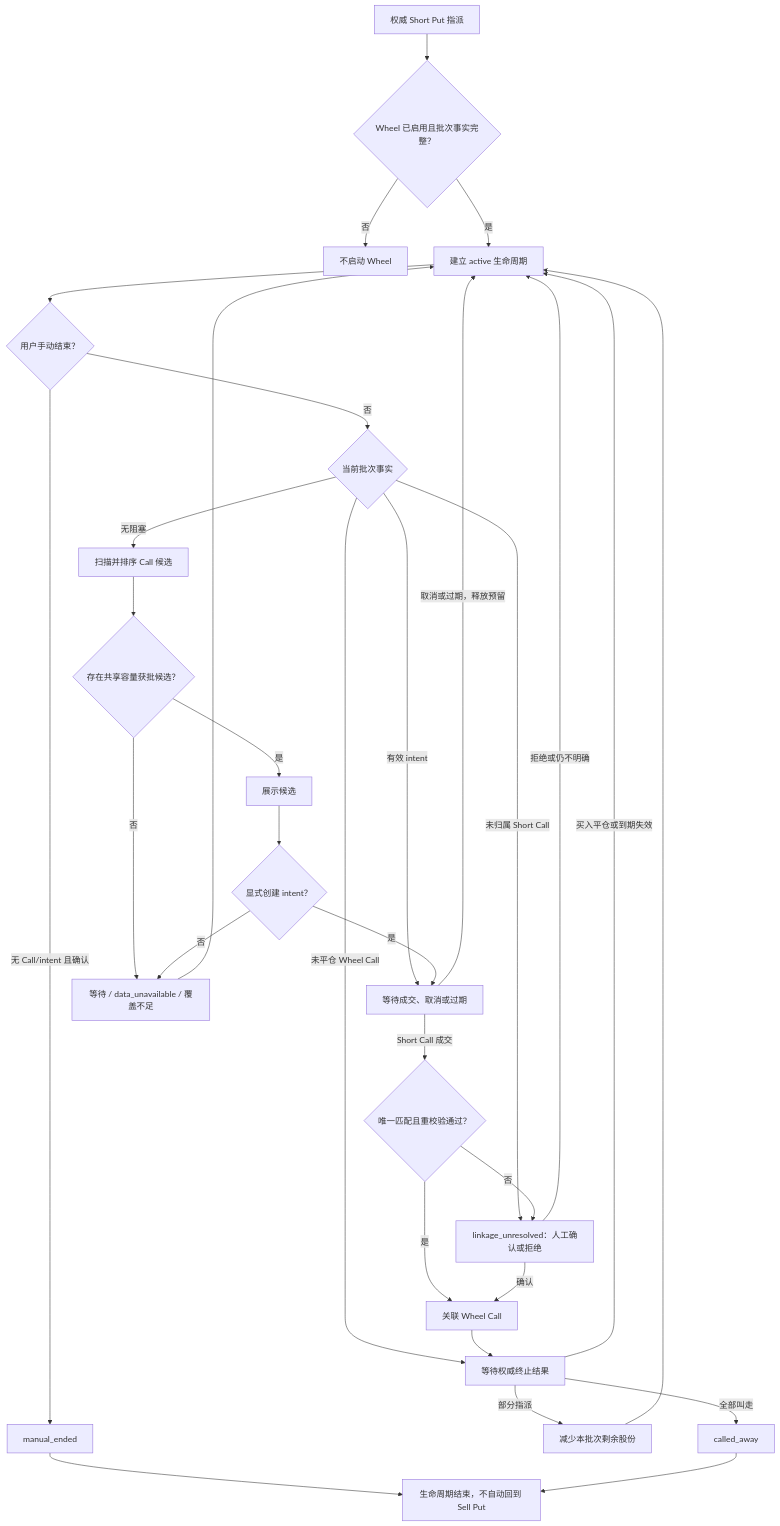
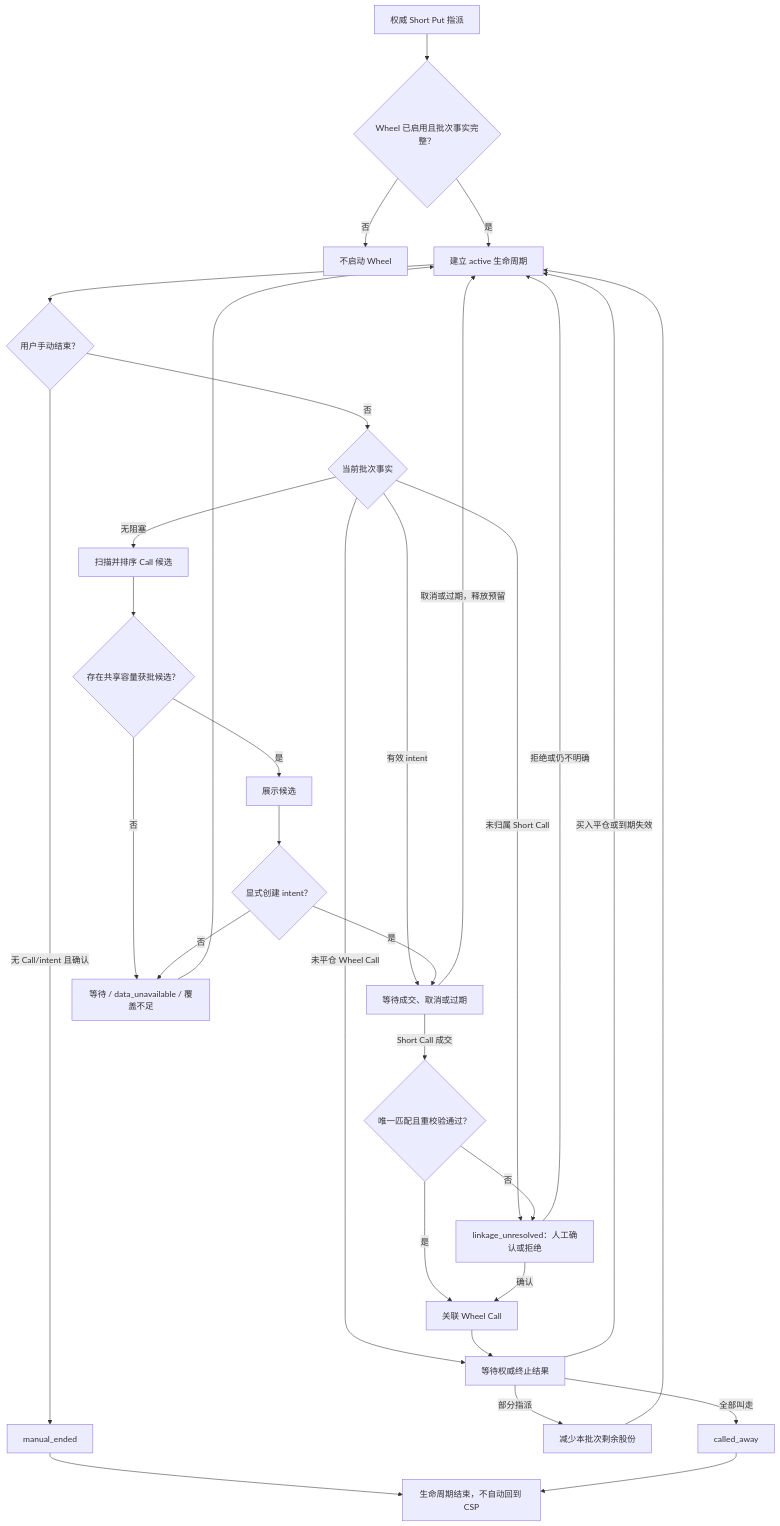
The diagram in docs/WHEEL_STRATEGY_PRD.md (liuxie066/options-monitor), drawn with Mermaid before and after one commit. The commit also changed other lines of this file and 69 other files, not shown here.

````diff
--- a/docs/WHEEL_STRATEGY_PRD.md
+++ b/docs/WHEEL_STRATEGY_PRD.md
@@ -19,33 +19,33 @@
 ```mermaid
 flowchart TD
     A[权威 Short Put 指派] --> B{Wheel 已启用且批次事实完整？}
     B -- 否 --> X[不启动 Wheel]
     B -- 是 --> C[建立 active 生命周期]
     C --> D{用户手动结束？}
     D -- 无 Call/intent 且确认 --> M[manual_ended]
     D -- 否 --> E{当前批次事实}
     E -- 有效 intent --> L[等待成交、取消或过期]
     E -- 未平仓 Wheel Call --> Q[等待权威终止结果]
     E -- 未归属 Short Call --> O[linkage_unresolved：人工确认或拒绝]
     E -- 无阻塞 --> G[扫描并排序 Call 候选]
     G --> H{存在共享容量获批候选？}
     H -- 否 --> I[等待 / data_unavailable / 覆盖不足]
     H -- 是 --> J[展示候选]
     J --> K{显式创建 intent？}
     K -- 否 --> I
     I --> C
     K -- 是 --> L
     L -- 取消或过期，释放预留 --> C
     L -- Short Call 成交 --> N{唯一匹配且重校验通过？}
     N -- 否 --> O
     N -- 是 --> P[关联 Wheel Call]
     O -- 确认 --> P
     O -- 拒绝或仍不明确 --> C
     P --> Q
     Q -- 买入平仓或到期失效 --> C
     Q -- 部分指派 --> S[减少本批次剩余股份]
     S --> C
     Q -- 全部叫走 --> T[called_away]
-    M --> Z[生命周期结束，不自动回到 Sell Put]
+    M --> Z[生命周期结束，不自动回到 CSP]
     T --> Z
 ```
````
